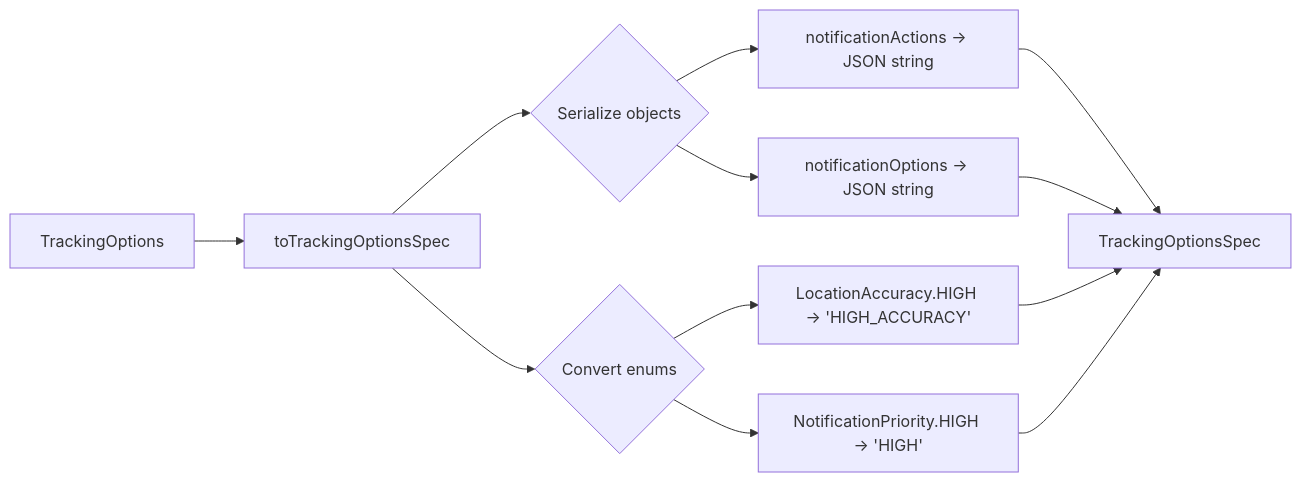
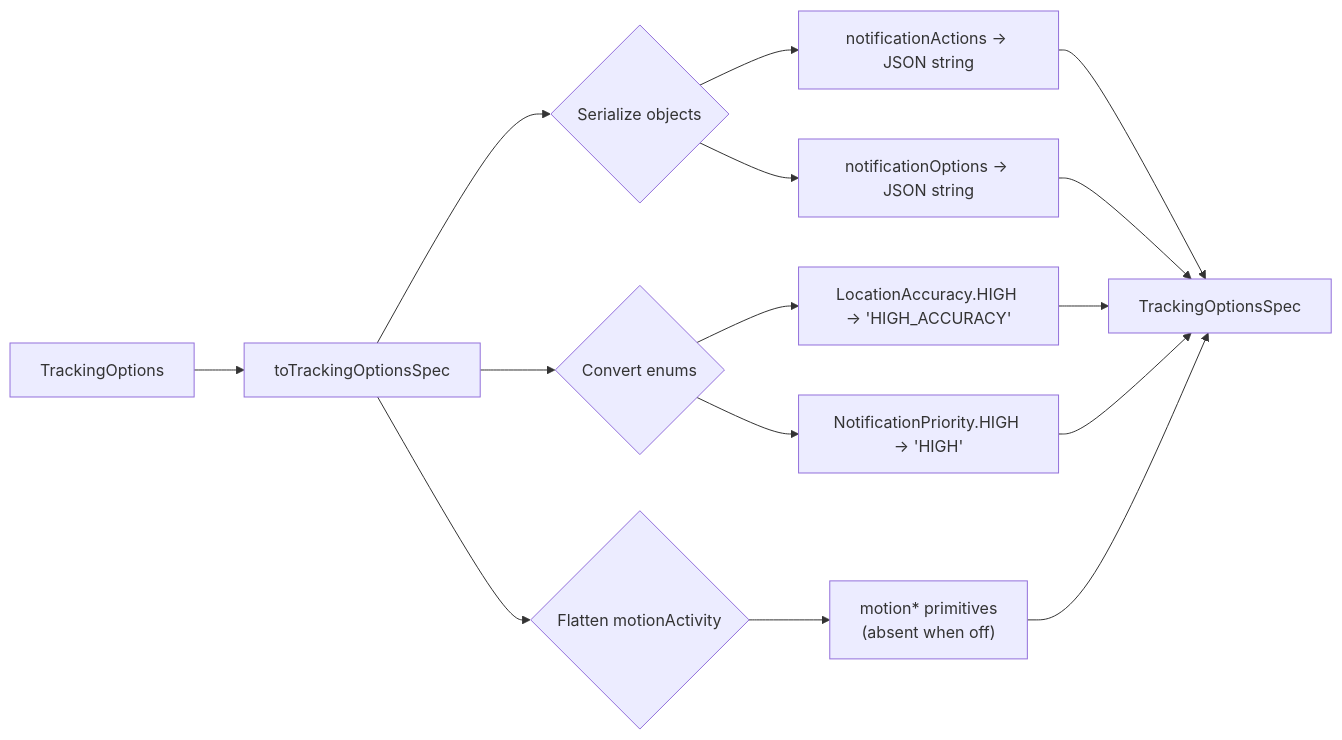
The second of 17 diagrams in website/docs/architecture/data-flow.md (gabriel-sisjr/react-native-background-location), drawn with Mermaid before and after one commit. The commit also changed other lines of this file and 35 other files, not shown here.

First line of the commit message:
docs: document motion activity, the Room v2 migration and new warnings

````diff
--- a/website/docs/architecture/data-flow.md
+++ b/website/docs/architecture/data-flow.md
@@ -58,14 +58,17 @@
 ```mermaid
 flowchart LR
     A[TrackingOptions] --> B[toTrackingOptionsSpec]
     B --> C{Convert enums}
     C --> D["LocationAccuracy.HIGH → 'HIGH_ACCURACY'"]
     C --> E["NotificationPriority.HIGH → 'HIGH'"]
     B --> F{Serialize objects}
     F --> G["notificationActions → JSON string"]
     F --> H["notificationOptions → JSON string"]
     G --> I[TrackingOptionsSpec]
     H --> I
     D --> I
     E --> I
+    B --> MFLAT{Flatten motionActivity}
+    MFLAT --> MKEYS["motion* primitives<br/>(absent when off)"]
+    MKEYS --> I
 ```
````
